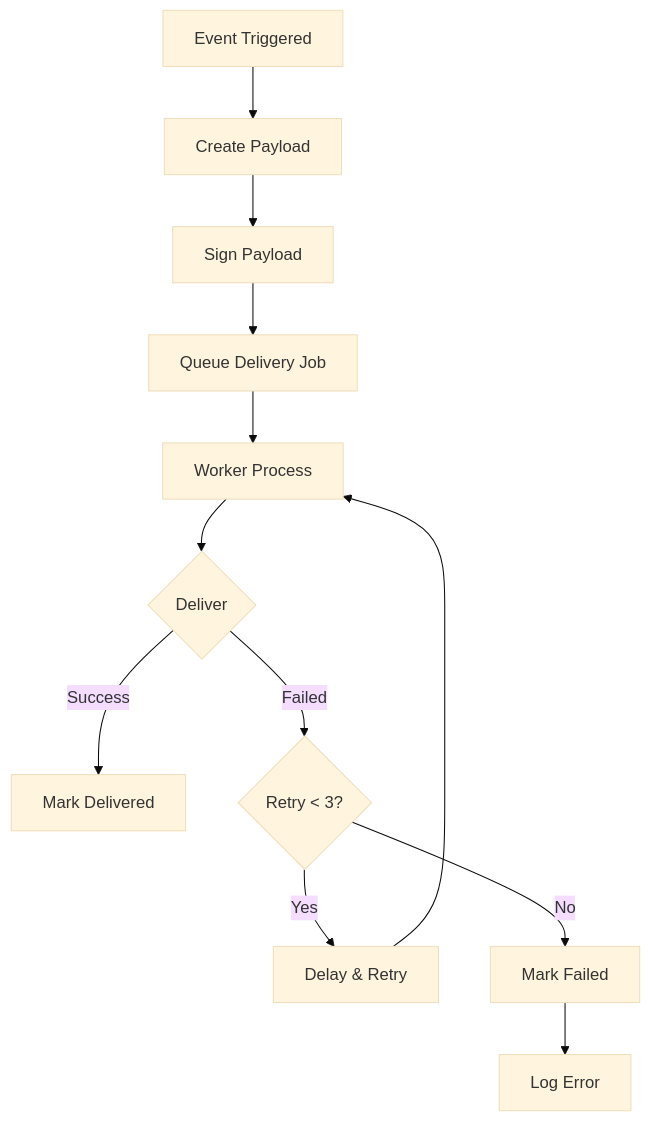
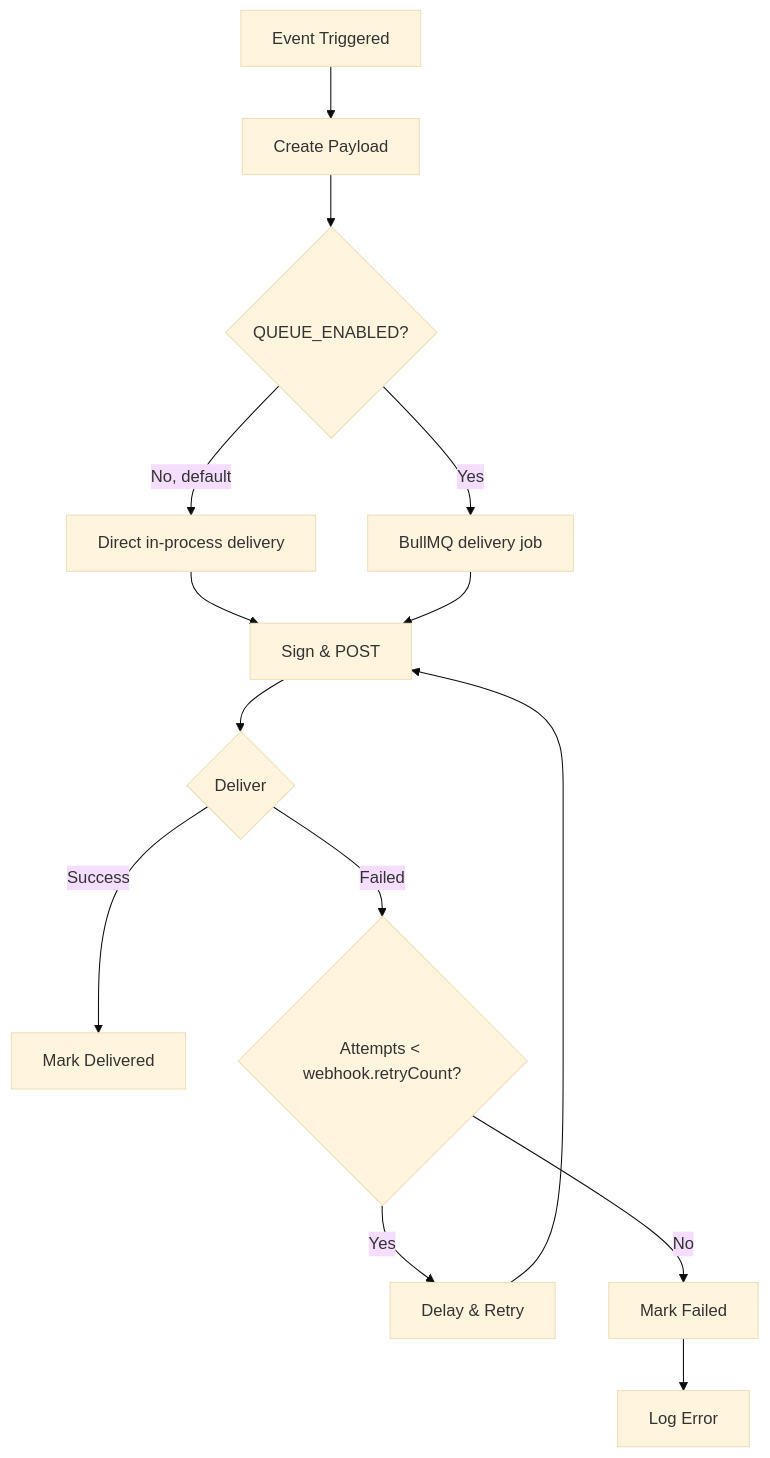
One commit to AntoineTROOVY/Sherlo changed diagram 13 of 24 in docs/03-system-architecture.md. Above: the diagram before and after it, drawn with Mermaid (base theme). The commit also changed other lines of this file, not shown here.

First line of the commit message:
docs(architecture): draw sends as a direct engine call

````diff
--- a/docs/03-system-architecture.md
+++ b/docs/03-system-architecture.md
@@ -608,14 +606,16 @@
 ```mermaid
 flowchart TB
     A[Event Triggered] --> B[Create Payload]
-    B --> C[Sign Payload]
-    C --> D[Queue Delivery Job]
-    D --> E[Worker Process]
+    B --> Q{QUEUE_ENABLED?}
+    Q -->|No, default| D1[Direct in-process delivery]
+    Q -->|Yes| D2[BullMQ delivery job]
+    D1 --> E[Sign & POST]
+    D2 --> E
     E --> F{Deliver}
     F -->|Success| G[Mark Delivered]
-    F -->|Failed| H{Retry < 3?}
+    F -->|Failed| H{Attempts < webhook.retryCount?}
     H -->|Yes| I[Delay & Retry]
     I --> E
     H -->|No| J[Mark Failed]
     J --> K[Log Error]
 ```
````
